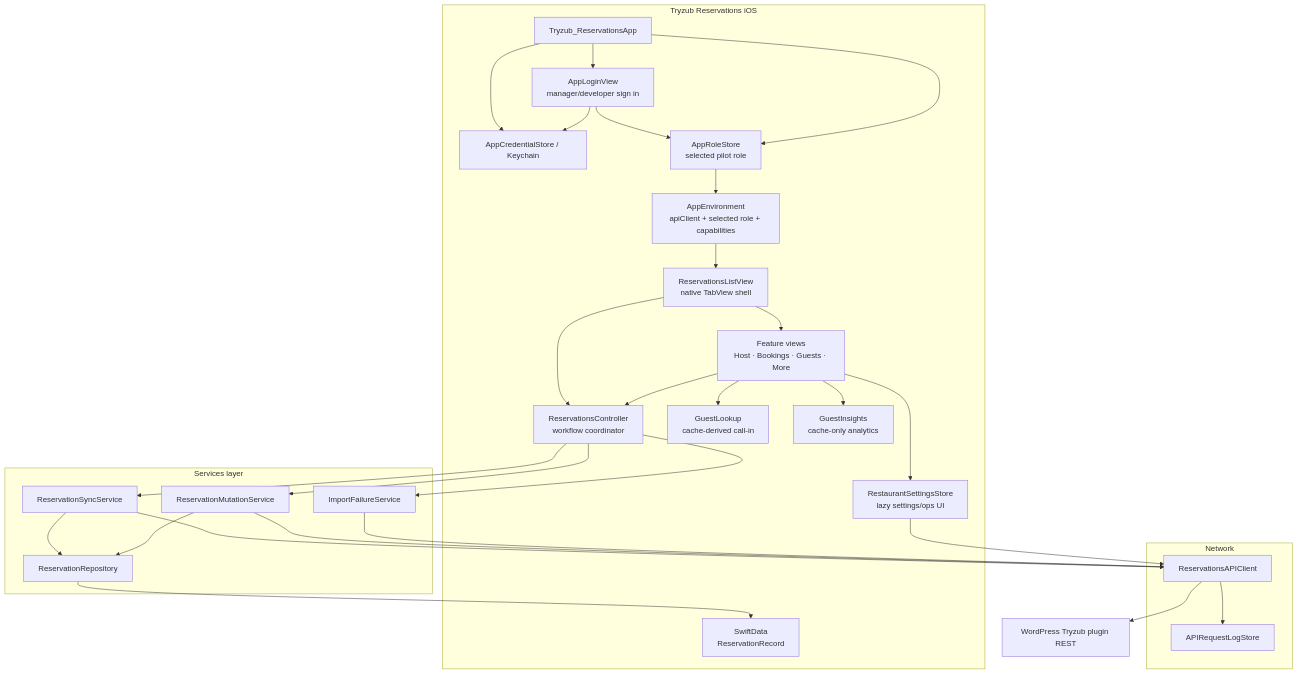
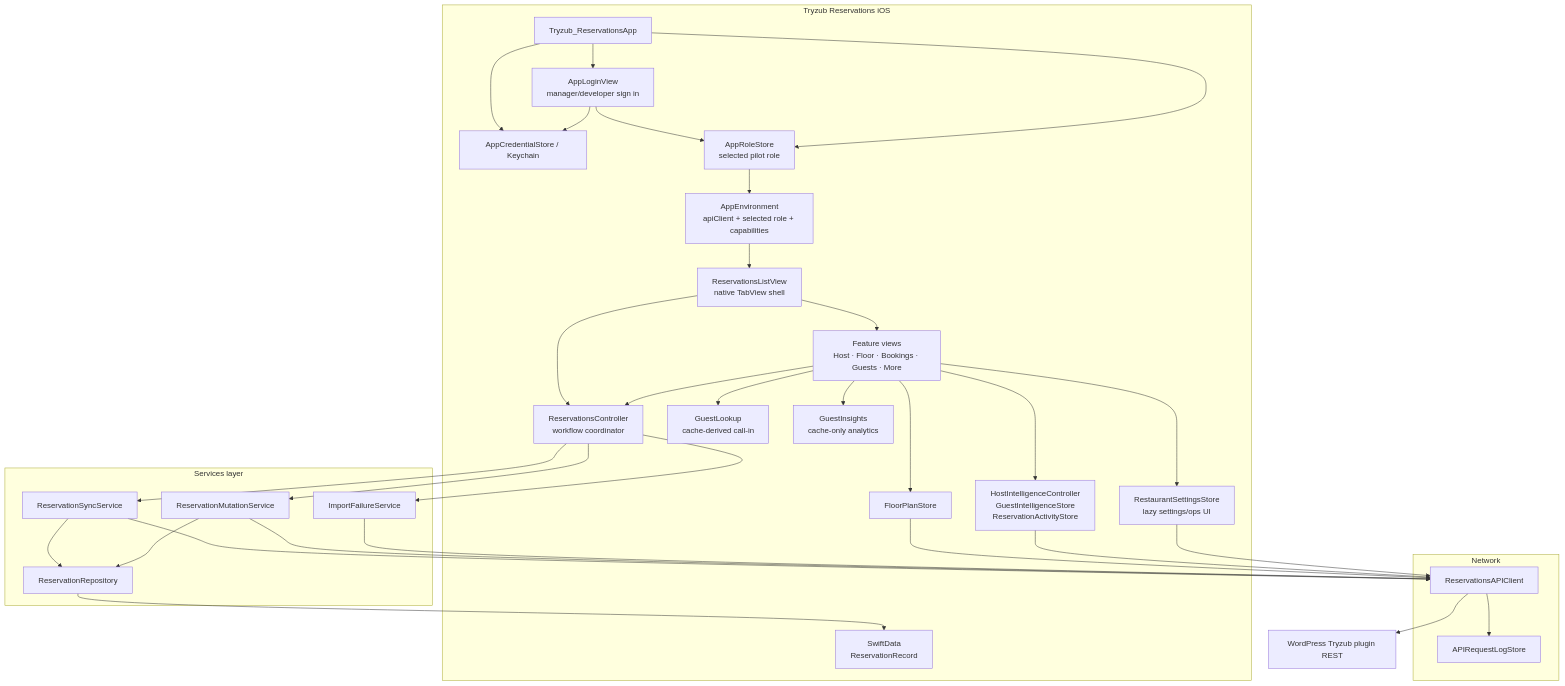
One commit to bohdan462/Reservation-iOS-App changed the first of 12 diagrams in Docs/ARCHITECTURE_DIAGRAMS.md. Above: the diagram before and after it, drawn with Mermaid. The commit also changed other lines of this file and 29 other files, not shown here.

````diff
--- a/Docs/ARCHITECTURE_DIAGRAMS.md
+++ b/Docs/ARCHITECTURE_DIAGRAMS.md
@@ -13,57 +13,63 @@
 ```mermaid
 flowchart TB
     subgraph iOS["Tryzub Reservations iOS"]
         App["Tryzub_ReservationsApp"]
         Creds["AppCredentialStore / Keychain"]
         Login["AppLoginView<br/>manager/developer sign in"]
         Role["AppRoleStore<br/>selected pilot role"]
         Env["AppEnvironment<br/>apiClient + selected role + capabilities"]
         Shell["ReservationsListView<br/>native TabView shell"]
         Ctrl["ReservationsController<br/>workflow coordinator"]
-        Views["Feature views<br/>Host · Bookings · Guests · More"]
+        Views["Feature views<br/>Host · Floor · Bookings · Guests · More"]
+        Floor["FloorPlanStore"]
+        Intel["HostIntelligenceController<br/>GuestIntelligenceStore<br/>ReservationActivityStore"]
         GuestLookup["GuestLookup<br/>cache-derived call-in"]
         Guest["GuestInsights<br/>cache-only analytics"]
         Settings["RestaurantSettingsStore<br/>lazy settings/ops UI"]
         SD["SwiftData<br/>ReservationRecord"]
     end
 
     subgraph Services["Services layer"]
         Sync["ReservationSyncService"]
         Mut["ReservationMutationService"]
         Repo["ReservationRepository"]
         IFail["ImportFailureService"]
     end
 
     subgraph Network["Network"]
         API["ReservationsAPIClient"]
         Log["APIRequestLogStore"]
     end
 
     WP["WordPress Tryzub plugin REST"]
 
     App --> Creds
     App --> Login
     Login --> Creds
     Login --> Role
     Role --> Env
     App --> Role
     Env --> Shell
     Shell --> Ctrl
     Shell --> Views
     Views --> Ctrl
     Views --> GuestLookup
     Views --> Guest
+    Views --> Intel
+    Views --> Floor
     Views --> Settings
+    Floor --> API
+    Intel --> API
     Settings --> API
     Ctrl --> Sync
     Ctrl --> Mut
     Ctrl --> IFail
     Sync --> API
     Mut --> API
     IFail --> API
     Sync --> Repo
     Mut --> Repo
     Repo --> SD
     API --> Log
     API --> WP
 ```
````
